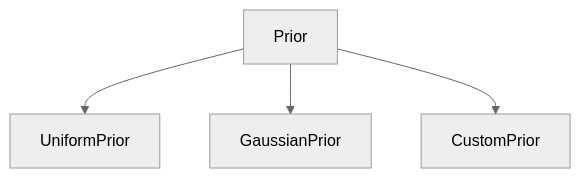
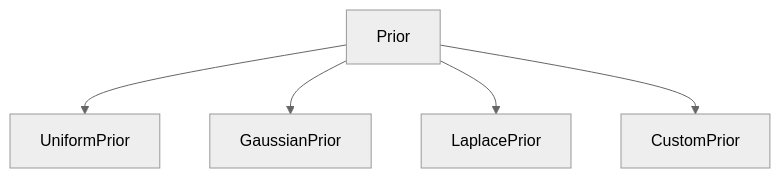
One commit to fmagrini/bayes-bay changed the diagram in docs/source/api/api_standard_prior.rst. Above: the diagram before and after it, drawn with Mermaid (neutral theme). The commit also changed other lines of this file and 2 other files, not shown here.

Commit message:
laplace prior

```diff
--- a/docs/source/api/api_standard_prior.rst
+++ b/docs/source/api/api_standard_prior.rst
@@ -13,6 +13,7 @@
 .. mermaid::
 
    graph TD;
        Prior-->UniformPrior;
        Prior-->GaussianPrior;
+       Prior-->LaplacePrior;
        Prior-->CustomPrior;
```
